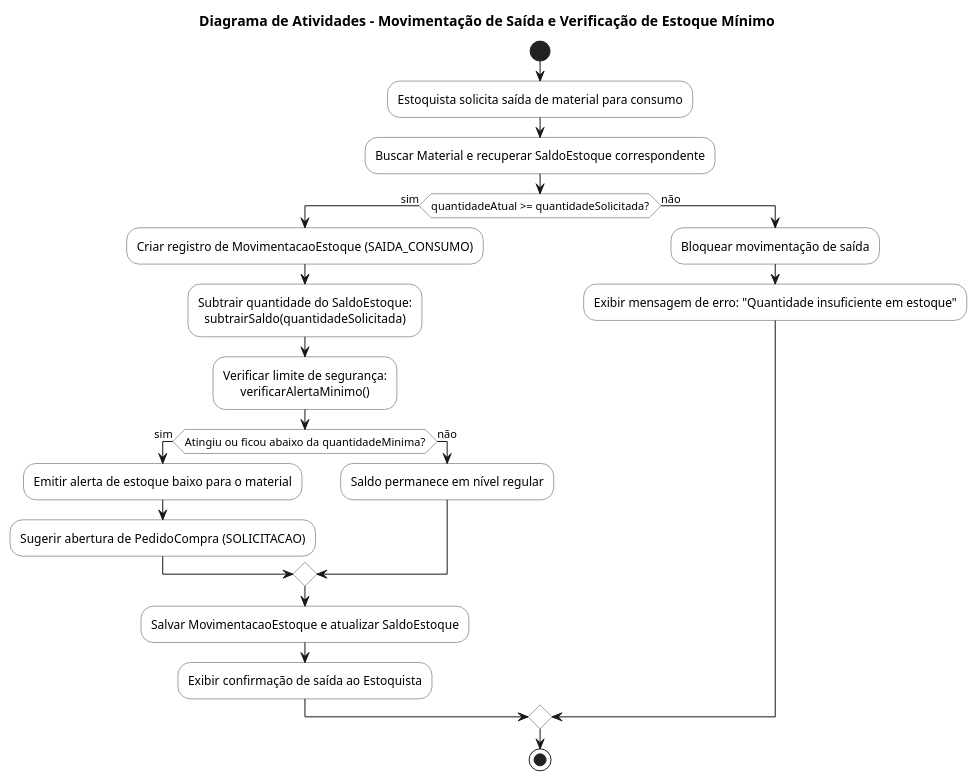
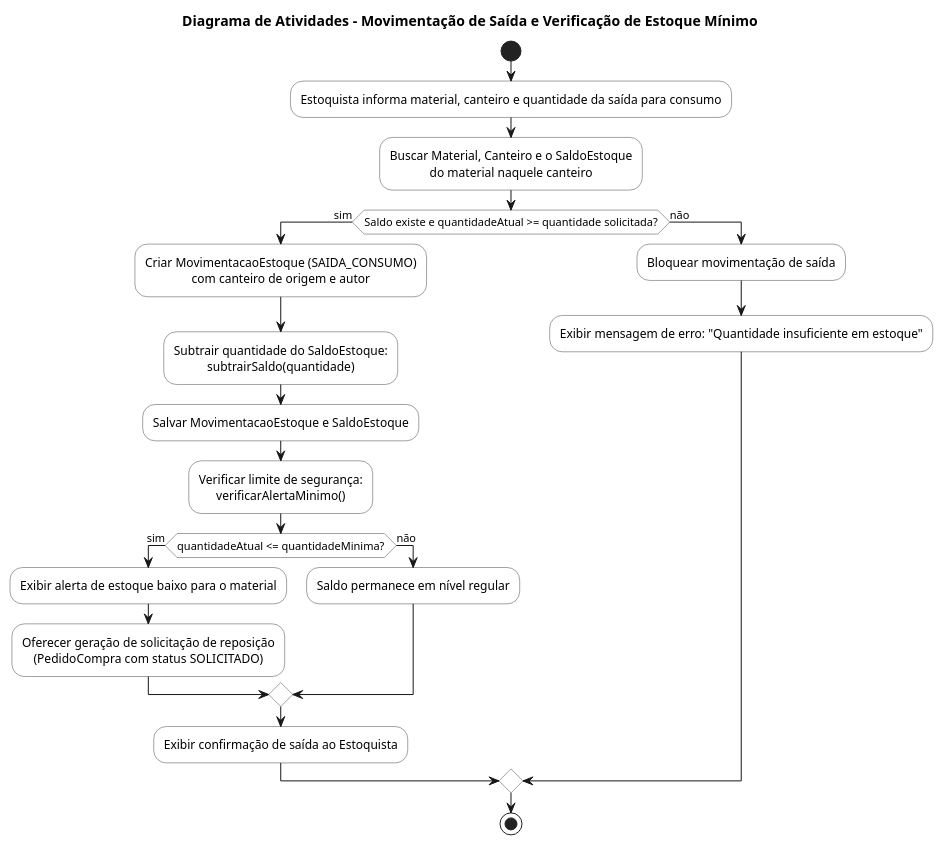
Before and after one commit to bernardoanobrega/oBRAS: the diagram in Diagramas dinamicos/Modulo Estoque/estoque-conferencia-alerta-activity.puml, drawn with PlantUML. The commit also changed 7 other files, not shown here.

Commit message:
Atualização dos diagramas dinâmicos do módulo de estoques

```diff
--- a/Diagramas dinamicos/Modulo Estoque/estoque-conferencia-alerta-activity.puml
+++ b/Diagramas dinamicos/Modulo Estoque/estoque-conferencia-alerta-activity.puml
@@ -1,32 +1,32 @@
 @startuml estoque-conferencia-alerta-activity
 title Diagrama de Atividades - Movimentação de Saída e Verificação de Estoque Mínimo
 
 skinparam DefaultTextAlignment center
 skinparam ActivityBackgroundColor #FFFFFF
 skinparam ActivityBorderColor #444444
 
 start
-:Estoquista solicita saída de material para consumo;
-:Buscar Material e recuperar SaldoEstoque correspondente;
+:Estoquista informa material, canteiro e quantidade da saída para consumo;
+:Buscar Material, Canteiro e o SaldoEstoque\ndo material naquele canteiro;
 
-if (quantidadeAtual >= quantidadeSolicitada?) then (sim)
-  :Criar registro de MovimentacaoEstoque (SAIDA_CONSUMO);
-  :Subtrair quantidade do SaldoEstoque:\nsubtrairSaldo(quantidadeSolicitada);
+if (Saldo existe e quantidadeAtual >= quantidade solicitada?) then (sim)
+  :Criar MovimentacaoEstoque (SAIDA_CONSUMO)\ncom canteiro de origem e autor;
+  :Subtrair quantidade do SaldoEstoque:\nsubtrairSaldo(quantidade);
+  :Salvar MovimentacaoEstoque e SaldoEstoque;
   :Verificar limite de segurança:\nverificarAlertaMinimo();
-  
-  if (Atingiu ou ficou abaixo da quantidadeMinima?) then (sim)
-    :Emitir alerta de estoque baixo para o material;
-    :Sugerir abertura de PedidoCompra (SOLICITACAO);
+
+  if (quantidadeAtual <= quantidadeMinima?) then (sim)
+    :Exibir alerta de estoque baixo para o material;
+    :Oferecer geração de solicitação de reposição\n(PedidoCompra com status SOLICITADO);
   else (não)
     :Saldo permanece em nível regular;
   endif
-  
-  :Salvar MovimentacaoEstoque e atualizar SaldoEstoque;
+
   :Exibir confirmação de saída ao Estoquista;
 else (não)
   :Bloquear movimentação de saída;
   :Exibir mensagem de erro: "Quantidade insuficiente em estoque";
 endif
 
 stop
 @enduml
```
